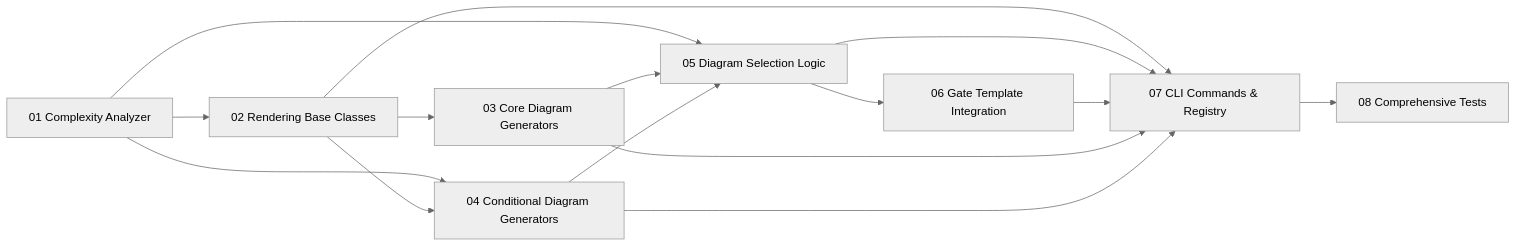
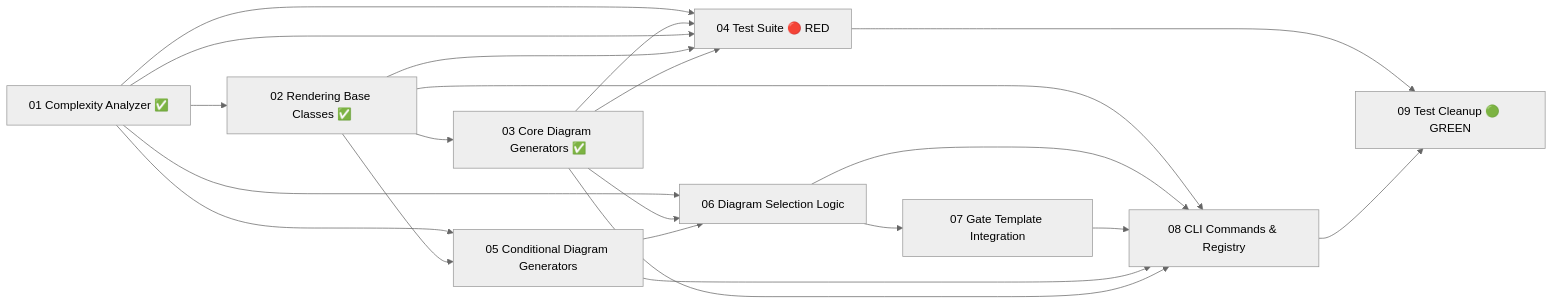
Before and after one commit to Duccci/Zenos-Planner: the diagram in zeno/gates/gate-05-architecture-diagram-generation.md, drawn with Mermaid (neutral theme). The commit also changed other lines of this file and 193 other files, not shown here.

First line of the commit message:
feat: Add conditional diagram generators and selection integration

````diff
--- a/zeno/gates/gate-05-architecture-diagram-generation.md
+++ b/zeno/gates/gate-05-architecture-diagram-generation.md
@@ -284,18 +317,24 @@
 ```mermaid
 graph LR
-    p01["01 Complexity Analyzer"] --> p02
+    p01["01 Complexity Analyzer ✅"] --> p02
     p01 --> p04
     p01 --> p05
-    p02["02 Rendering Base Classes"] --> p03
+    p01 --> p06
+    p02["02 Rendering Base Classes ✅"] --> p03
+    p02 --> p05
+    p02 --> p08
+    p03["03 Core Diagram Generators ✅"] --> p04
+    p03 --> p06
+    p01 --> p04
     p02 --> p04
-    p02 --> p07
-    p03["03 Core Diagram Generators"] --> p05
-    p04["04 Conditional Diagram Generators"] --> p05
-    p05["05 Diagram Selection Logic"] --> p06
-    p05 --> p07
-    p06["06 Gate Template Integration"] --> p07
-    p03 --> p07
-    p04 --> p07
-    p07["07 CLI Commands & Registry"] --> p08
-    p08["08 Comprehensive Tests"]
+    p03 --> p04
+    p04["04 Test Suite 🔴 RED"] --> p09
+    p05["05 Conditional Diagram Generators"] --> p06
+    p06["06 Diagram Selection Logic"] --> p07
+    p06 --> p08
+    p07["07 Gate Template Integration"] --> p08
+    p05 --> p08
+    p03 --> p08
+    p08["08 CLI Commands & Registry"] --> p09
+    p09["09 Test Cleanup 🟢 GREEN"]
 ```
````
